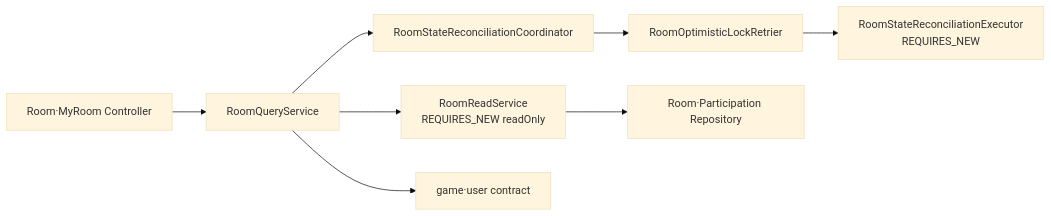
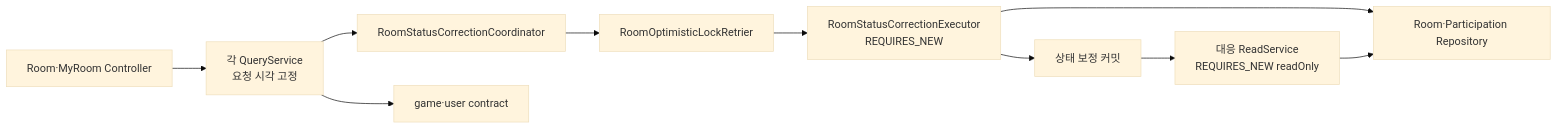
One commit to bamsongi-club/albam-mate changed the second of 3 diagrams in docs/ARCHITECTURE.md. Above: the diagram before and after it, drawn with Mermaid (base theme). The commit also changed other lines of this file and 1 other file, not shown here.

Commit message:
docs: ROOM 유스케이스 구조 기준 반영

````diff
--- a/docs/ARCHITECTURE.md
+++ b/docs/ARCHITECTURE.md
@@ -189,10 +209,12 @@
 ```mermaid
 flowchart LR
-    controller["Room·MyRoom Controller"] --> query["RoomQueryService"]
-    query --> coordinator["RoomStateReconciliationCoordinator"]
+    controller["Room·MyRoom Controller"] --> query["각 QueryService<br/>요청 시각 고정"]
+    query --> coordinator["RoomStatusCorrectionCoordinator"]
     coordinator --> retrier["RoomOptimisticLockRetrier"]
-    retrier --> reconcileExecutor["RoomStateReconciliationExecutor<br/>REQUIRES_NEW"]
-    query --> read["RoomReadService<br/>REQUIRES_NEW readOnly"]
-    read --> repositories["Room·Participation Repository"]
+    retrier --> correctionExecutor["RoomStatusCorrectionExecutor<br/>REQUIRES_NEW"]
+    correctionExecutor --> repositories["Room·Participation Repository"]
+    correctionExecutor --> committed["상태 보정 커밋"]
+    committed --> read["대응 ReadService<br/>REQUIRES_NEW readOnly"]
+    read --> repositories
     query --> contracts["game·user contract"]
 ```
````
